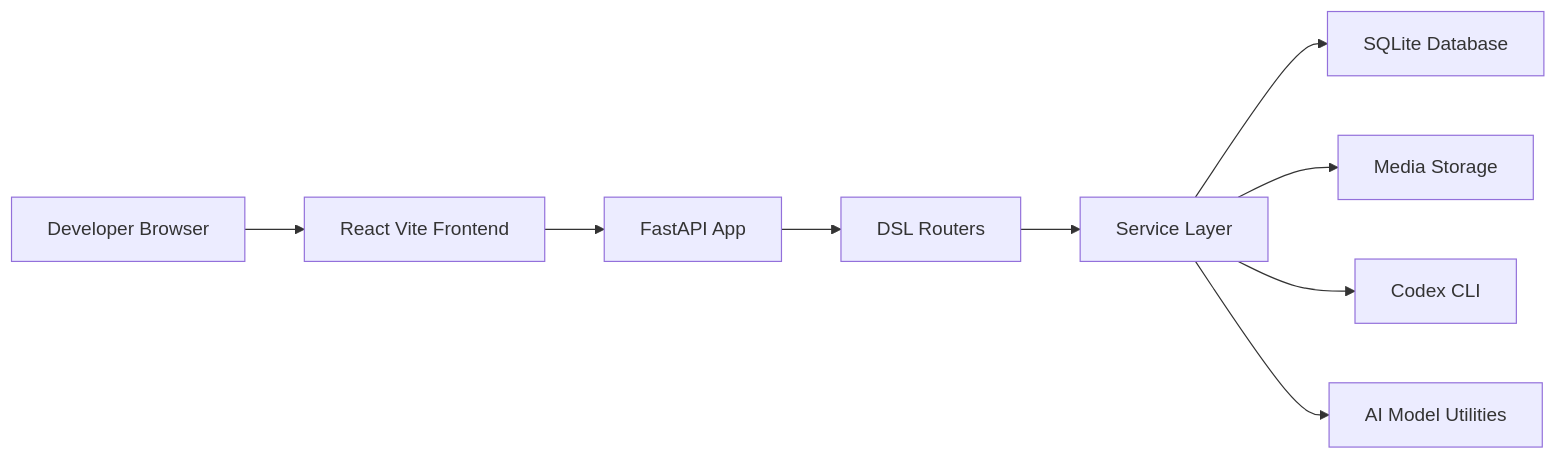
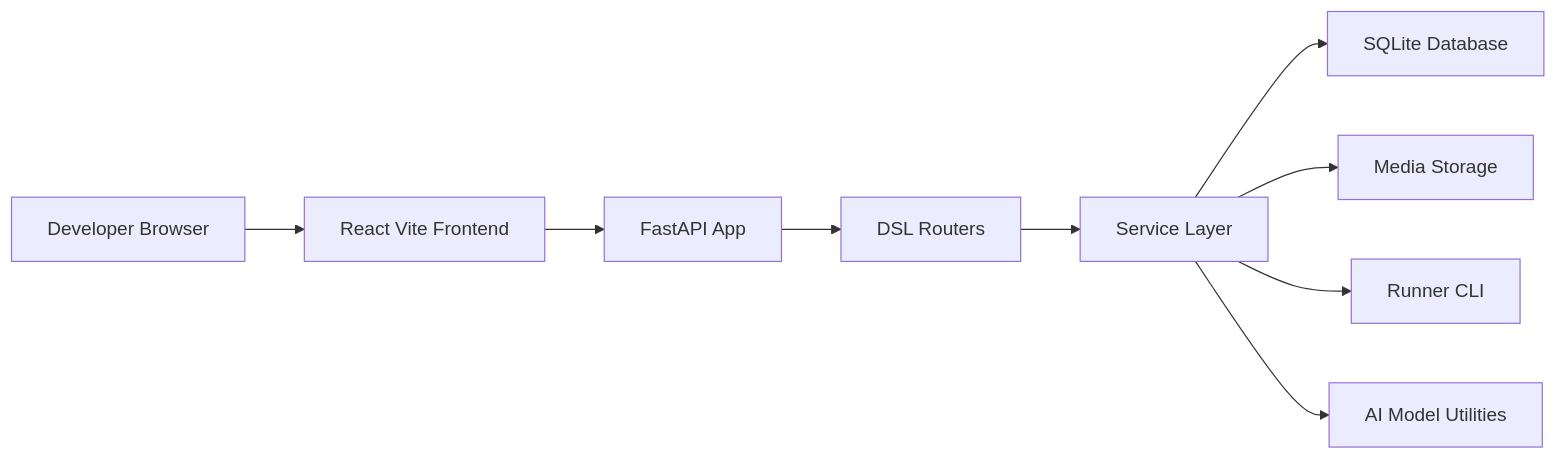
The first of 3 diagrams in docs/architecture/system-design.md (zata-zhangtao/koda), drawn with Mermaid before and after one commit. The commit also changed other lines of this file and 29 other files, not shown here.

First line of the commit message:
feat(runners): add multi-runner support with Claude CLI integration

````diff
--- a/docs/architecture/system-design.md
+++ b/docs/architecture/system-design.md
@@ -15,11 +15,11 @@
 ```mermaid
 flowchart LR
     USER[Developer Browser] --> UI[React Vite Frontend]
     UI --> API[FastAPI App]
     API --> ROUTER[DSL Routers]
     ROUTER --> SERVICE[Service Layer]
     SERVICE --> DB[SQLite Database]
     SERVICE --> MEDIA[Media Storage]
-    SERVICE --> CODEX[Codex CLI]
+    SERVICE --> CODEX[Runner CLI]
     SERVICE --> TOOL[AI Model Utilities]
 ```
````
